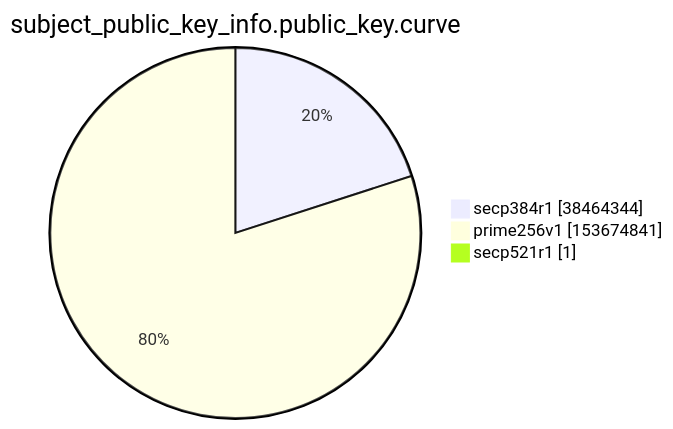
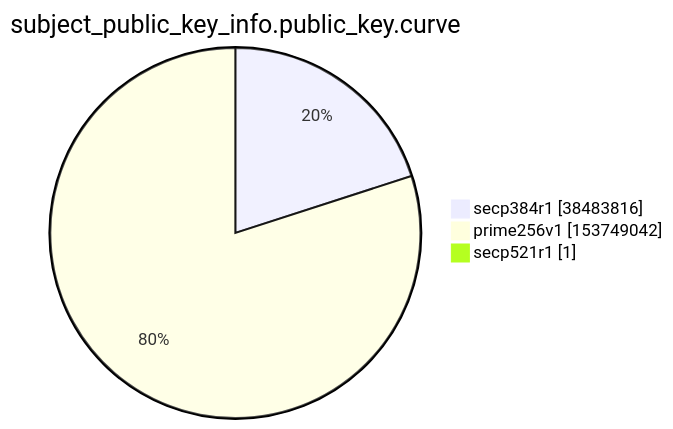
One commit to christiankrug/ctmonitor_visualization changed the ninth of 15 diagrams in xenon2022/README.md. Above: the diagram before and after it, drawn with Mermaid. The commit also changed other lines of this file, not shown here.

````diff
--- a/xenon2022/README.md
+++ b/xenon2022/README.md
@@ -2863,7 +2863,7 @@
 ```mermaid
 pie showData
 title subject_public_key_info.public_key.curve
-"secp384r1" :38464344
-"prime256v1" :153674841
+"secp384r1" :38483816
+"prime256v1" :153749042
 "secp521r1" :1
 ```
````
